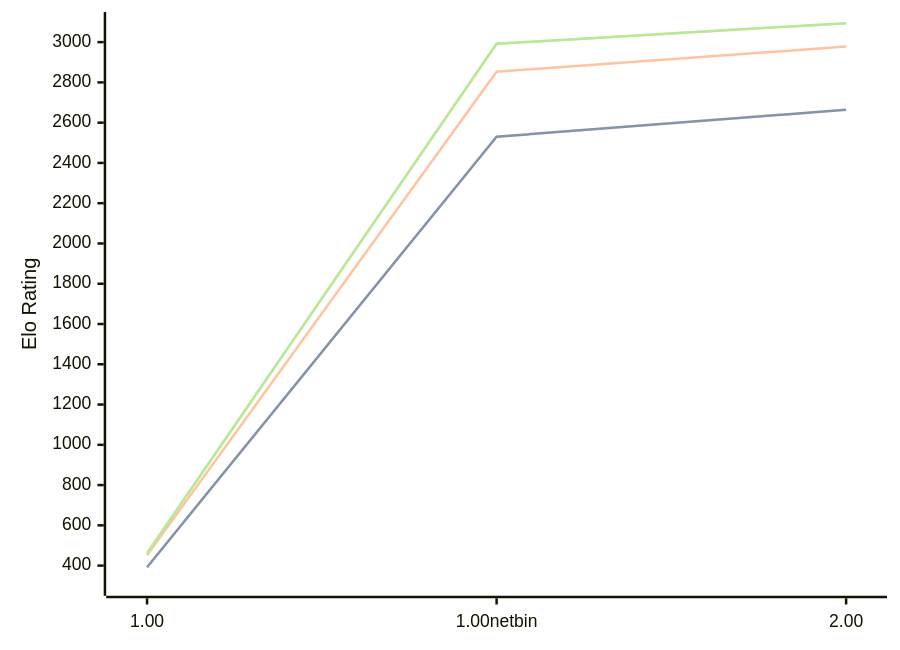
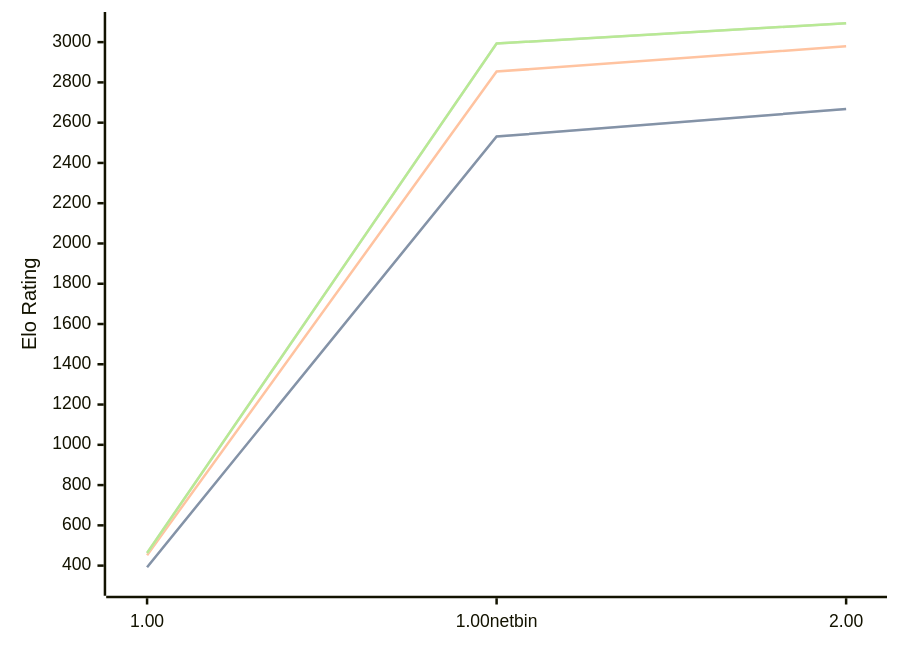
Before and after one commit to computer-chess-index/cci: the diagram in engines/Gilipol.md, drawn with Mermaid. The commit also changed other lines of this file, not shown here.

Commit message:
Update CCI Ratings (ELO VLTC) - 2026-08-15

````diff
--- a/engines/Gilipol.md
+++ b/engines/Gilipol.md
@@ -33,11 +33,11 @@
 ```mermaid
 %%{init: {"theme":"base","themeVariables":{"seriesColors:['#a3a3a3','#222221','#faa371']}}}%%
 xychart-beta
   x-axis ["1.00", "1.00netbin", "2.00"]
   y-axis "Elo Rating" 300 --> 3100
-  line "STC (8.0+0.08s)" [392, 2530, 2664]
-  line "STC (8.0+0.08s)" [392, 2530, 2664]
-  line "LTC (60.0+0.60s)" [452, 2853, 2978]
-  line "VLTC (2m24s+1.12s)" [462, 2992, 3094]
-  line "VLTC (2m24s+1.12s)" [462, 2992, 3094]
+  line "STC (8.0+0.08s)" [392, 2531, 2668]
+  line "STC (8.0+0.08s)" [392, 2531, 2668]
+  line "LTC (60.0+0.60s)" [452, 2854, 2979]
+  line "VLTC (2m24s+1.12s)" [463, 2993, 3094]
+  line "VLTC (2m24s+1.12s)" [463, 2993, 3094]
 ```
````
